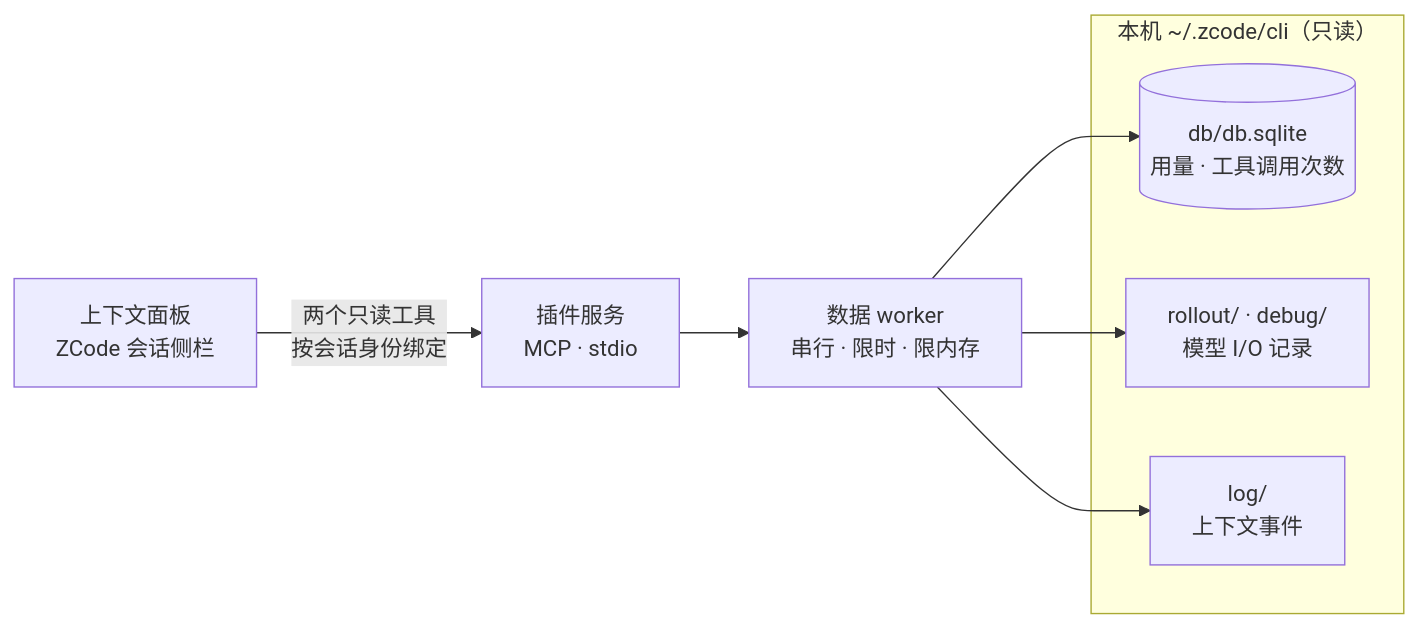
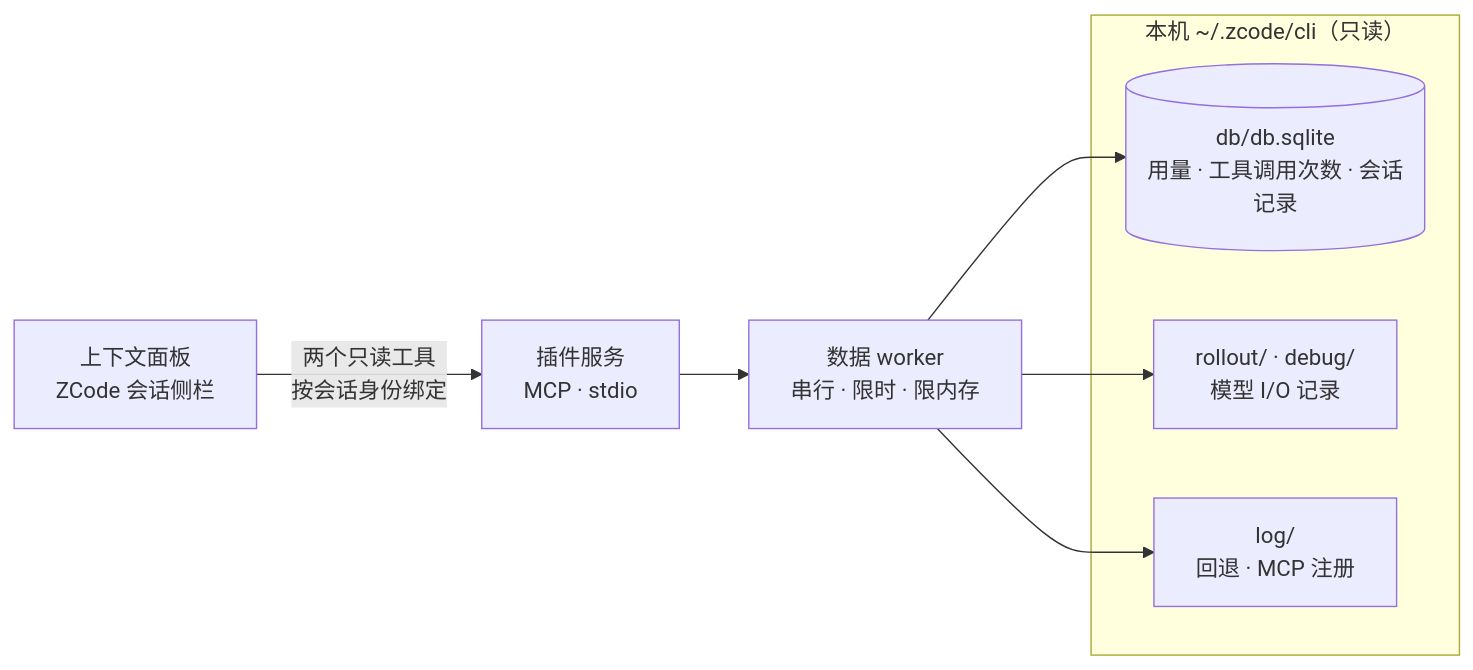
One commit to Kevinzzz6/zcode-context changed the diagram in README.md. Above: the diagram before and after it, drawn with Mermaid. The commit also changed other lines of this file and 3 other files, not shown here.

````diff
--- a/README.md
+++ b/README.md
@@ -190,15 +190,15 @@
 ```mermaid
 flowchart LR
   panel["上下文面板<br/>ZCode 会话侧栏"]
   server["插件服务<br/>MCP · stdio"]
   worker["数据 worker<br/>串行 · 限时 · 限内存"]
   subgraph local["本机 ~/.zcode/cli（只读）"]
-    db[("db/db.sqlite<br/>用量 · 工具调用次数")]
+    db[("db/db.sqlite<br/>用量 · 工具调用次数 · 会话记录")]
     traj["rollout/ · debug/<br/>模型 I/O 记录"]
-    log["log/<br/>上下文事件"]
+    log["log/<br/>回退 · MCP 注册"]
   end
   panel -- "两个只读工具<br/>按会话身份绑定" --> server --> worker
   worker --> db
   worker --> traj
   worker --> log
 ```
````
